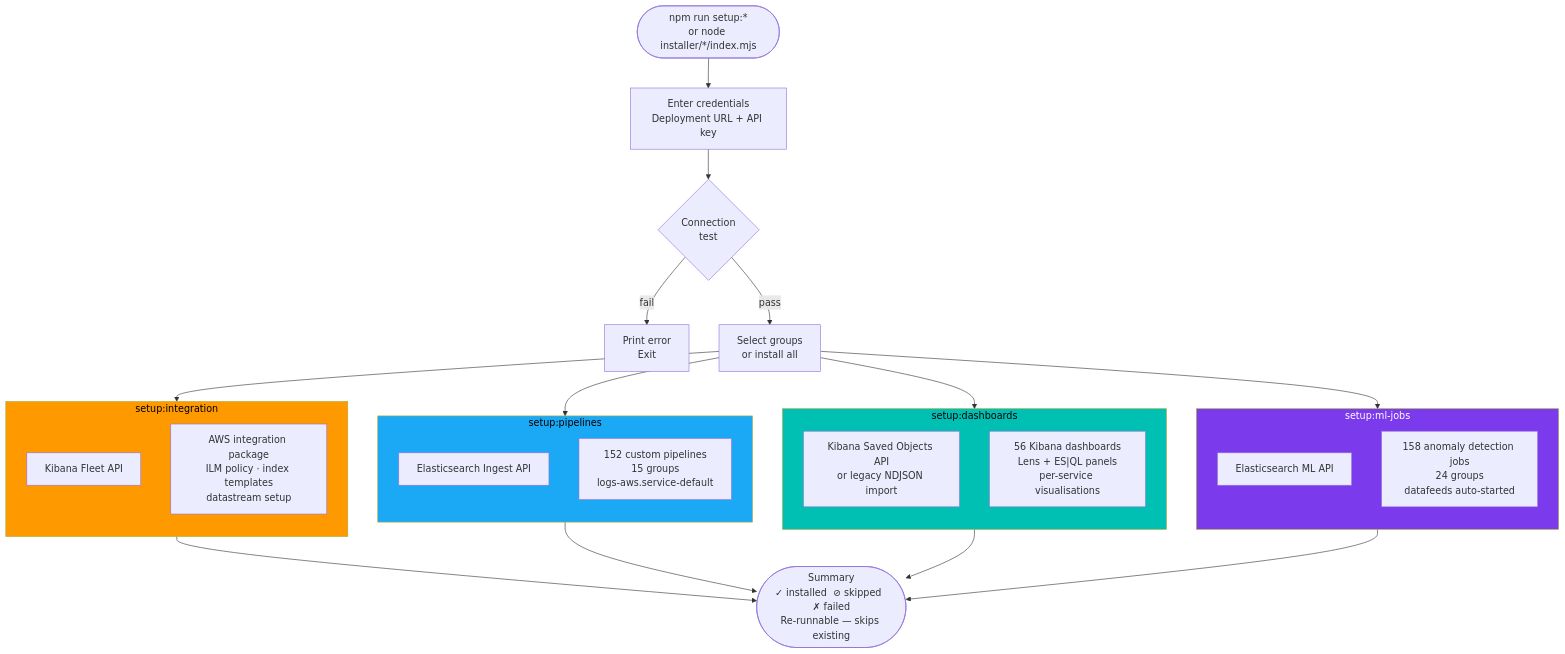
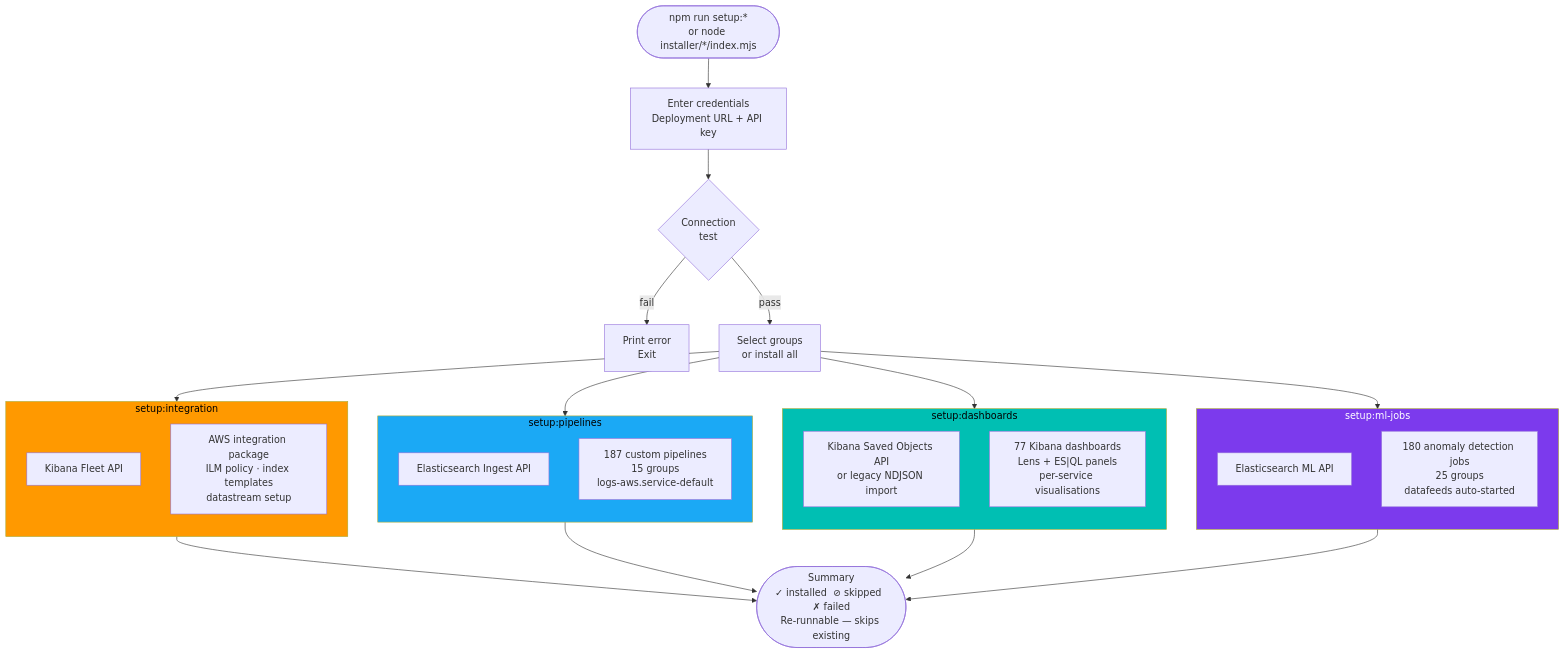
The fourth of 4 diagrams in docs/diagrams.md (rkernutt/aws-elastic-load-generator), drawn with Mermaid before and after one commit. The commit also changed other lines of this file and 2 other files, not shown here.

First line of the commit message:
docs: fix stale counts in diagrams, installer README, and samples README

````diff
--- a/docs/diagrams.md
+++ b/docs/diagrams.md
@@ -301,47 +301,47 @@
 ```mermaid
 flowchart TD
     START(["npm run setup:*\nor node installer/*/index.mjs"]) --> AUTH
 
     AUTH["Enter credentials\nDeployment URL + API key"]
     AUTH --> TEST{"Connection\ntest"}
     TEST -->|"fail"| ERR1["Print error\nExit"]
     TEST -->|"pass"| MENU["Select groups\nor install all"]
 
     MENU --> I1 & I2 & I3 & I4
 
     subgraph I1["setup:integration"]
         direction TB
         A1["Kibana Fleet API"]
         A2["AWS integration package\nILM policy · index templates\ndatastream setup"]
     end
 
     subgraph I2["setup:pipelines"]
         direction TB
         B1["Elasticsearch Ingest API"]
-        B2["152 custom pipelines\n15 groups\nlogs-aws.service-default"]
+        B2["187 custom pipelines\n15 groups\nlogs-aws.service-default"]
     end
 
     subgraph I3["setup:dashboards"]
         direction TB
         C1["Kibana Saved Objects API\nor legacy NDJSON import"]
-        C2["56 Kibana dashboards\nLens + ES|QL panels\nper-service visualisations"]
+        C2["77 Kibana dashboards\nLens + ES|QL panels\nper-service visualisations"]
     end
 
     subgraph I4["setup:ml-jobs"]
         direction TB
         D1["Elasticsearch ML API"]
-        D2["158 anomaly detection jobs\n24 groups\ndatafeeds auto-started"]
+        D2["180 anomaly detection jobs\n25 groups\ndatafeeds auto-started"]
     end
 
     I1 --> DONE
     I2 --> DONE
     I3 --> DONE
     I4 --> DONE
 
     DONE(["Summary\n✓ installed  ⊘ skipped  ✗ failed\nRe-runnable — skips existing"])
 
     style I1 fill:#FF9900,color:#000
     style I2 fill:#1BA9F5,color:#000
     style I3 fill:#00BFB3,color:#000
     style I4 fill:#7C3AED,color:#fff
 ```
````
